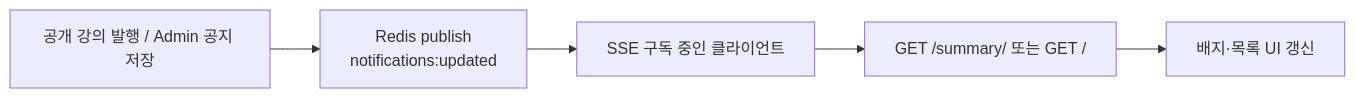
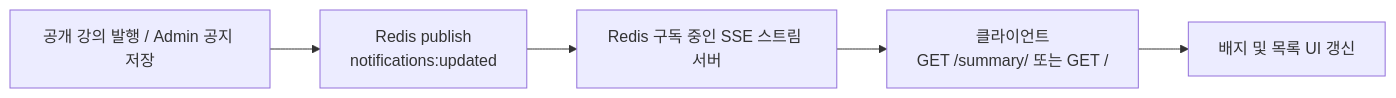
The diagram in content/posts/2026/07/24/class-s-sse-notification/index.md (DSeung001/dseung001.github.io), drawn with Mermaid before and after one commit. The commit also changed other lines of this file and 1 other file, not shown here.

````diff
--- a/content/posts/2026/07/24/class-s-sse-notification/index.md
+++ b/content/posts/2026/07/24/class-s-sse-notification/index.md
@@ -18,7 +49,7 @@
 ```mermaid
 flowchart LR
     A["공개 강의 발행 / Admin 공지 저장"] --> B["Redis publish<br/>notifications:updated"]
-    B --> C["SSE 구독 중인 클라이언트"]
-    C --> D["GET /summary/ 또는 GET /"]
-    D --> E["배지·목록 UI 갱신"]
+    B --> C["Redis 구독 중인 SSE 스트림 서버"]
+    C --> D["클라이언트<br/>GET /summary/ 또는 GET /"]
+    D --> E["배지 및 목록 UI 갱신"]
 ```
````
